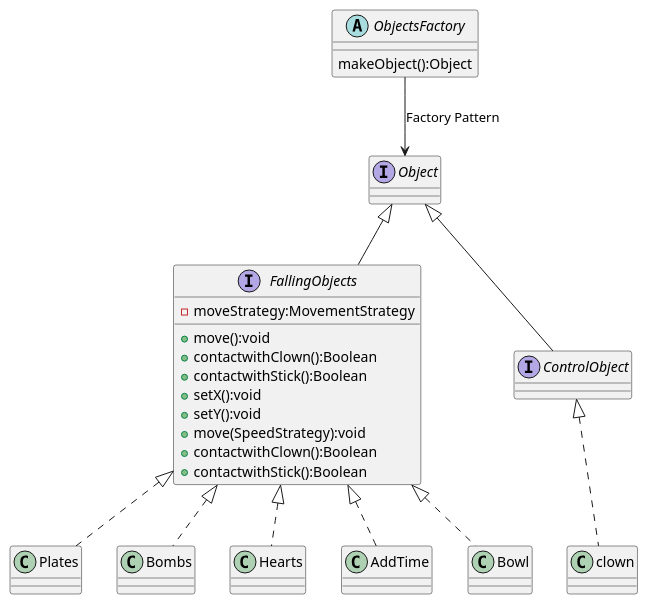
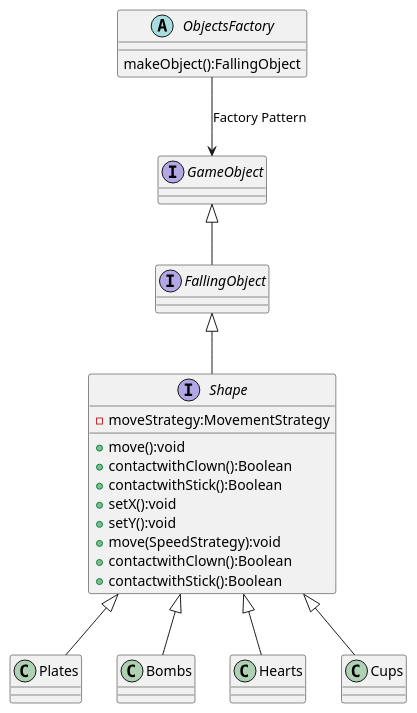
One commit to shadyalattarr/Circus-of-Plates changed the diagram in UML/Design Patterns/FactoryPattern.wsd. Above: the diagram before and after it, drawn with PlantUML. The commit also changed 2 other files, not shown here.

Commit message:
UML edits

```diff
--- a/UML/Design Patterns/FactoryPattern.wsd
+++ b/UML/Design Patterns/FactoryPattern.wsd
@@ -1,49 +1,48 @@
 @startuml Singelton
 
   abstract class ObjectsFactory{
-    makeObject():Object
+    makeObject():FallingObject
 }
-interface FallingObjects implements Object{
+interface Shape implements FallingObject{
     +move():void
     +contactwithClown():Boolean
     +contactwithStick():Boolean
 
 -moveStrategy:MovementStrategy     
 +setX():void
     +setY():void
    + move(SpeedStrategy):void
     +contactwithClown():Boolean
     +contactwithStick():Boolean
 }
 
-interface Object{}
-class clown implements ControlObject{}
-interface ControlObject implements Object{}
+interface GameObject{}
 
 
-ObjectsFactory --> Object:Factory Pattern
 
 
-class Plates implements FallingObjects{
+ObjectsFactory --> GameObject:Factory Pattern
+
+
+class Plates extends Shape{
 
 }
 
-class Bombs implements FallingObjects{
+class Bombs extends Shape{
 
 }
 
-class Hearts implements FallingObjects{
+class Hearts extends Shape{
 
 }
 
-class AddTime implements FallingObjects{
+class Cups extends Shape{
 
 }
 
-class Bowl implements FallingObjects{
+interface FallingObject extends GameObject{}
 
-}
 
 
 
 @enduml
```
